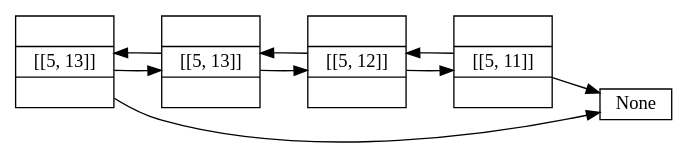
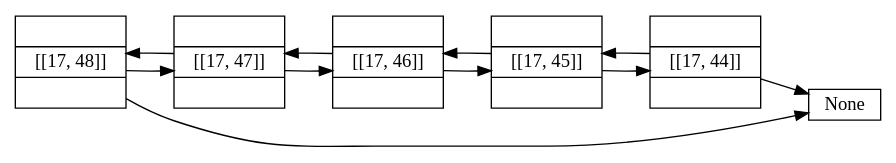
Before and after one commit to Gramajooo/SnakePython: the diagram in grafica1.dot, drawn with Graphviz. The commit also changed 9 other files, not shown here.

```diff
--- a/grafica1.dot
+++ b/grafica1.dot
@@ -1,16 +1,19 @@
 digraph ListaDoble {
 	graph [rankdir=LR]
 	node [height=.1 shape=record]
-	<ListaDoble.NodoDoble object at 0x03525DD0> [label="<f0> |<f1> [[5, 13]]|<f2>"]
-	<ListaDoble.NodoDoble object at 0x03525DD0> -> <ListaDoble.NodoDoble object at 0x03525CD0>
-	<ListaDoble.NodoDoble object at 0x03525DD0> -> None
-	<ListaDoble.NodoDoble object at 0x03525CD0> [label="<f0> |<f1> [[5, 13]]|<f2>"]
-	<ListaDoble.NodoDoble object at 0x03525CD0> -> <ListaDoble.NodoDoble object at 0x03525D70>
-	<ListaDoble.NodoDoble object at 0x03525CD0> -> <ListaDoble.NodoDoble object at 0x03525DD0>
-	<ListaDoble.NodoDoble object at 0x03525D70> [label="<f0> |<f1> [[5, 12]]|<f2>"]
-	<ListaDoble.NodoDoble object at 0x03525D70> -> <ListaDoble.NodoDoble object at 0x03525D50>
-	<ListaDoble.NodoDoble object at 0x03525D70> -> <ListaDoble.NodoDoble object at 0x03525CD0>
-	<ListaDoble.NodoDoble object at 0x03525D50> [label="<f0> |<f1> [[5, 11]]|<f2>"]
-	<ListaDoble.NodoDoble object at 0x03525D50> -> None
-	<ListaDoble.NodoDoble object at 0x03525D50> -> <ListaDoble.NodoDoble object at 0x03525D70>
+	<ListaDoble.NodoDoble object at 0x02E55EB0> [label="<f0> |<f1> [[17, 48]]|<f2>"]
+	<ListaDoble.NodoDoble object at 0x02E55EB0> -> <ListaDoble.NodoDoble object at 0x02E55E90>
+	<ListaDoble.NodoDoble object at 0x02E55EB0> -> None
+	<ListaDoble.NodoDoble object at 0x02E55E90> [label="<f0> |<f1> [[17, 47]]|<f2>"]
+	<ListaDoble.NodoDoble object at 0x02E55E90> -> <ListaDoble.NodoDoble object at 0x02E55EF0>
+	<ListaDoble.NodoDoble object at 0x02E55E90> -> <ListaDoble.NodoDoble object at 0x02E55EB0>
+	<ListaDoble.NodoDoble object at 0x02E55EF0> [label="<f0> |<f1> [[17, 46]]|<f2>"]
+	<ListaDoble.NodoDoble object at 0x02E55EF0> -> <ListaDoble.NodoDoble object at 0x02E55F30>
+	<ListaDoble.NodoDoble object at 0x02E55EF0> -> <ListaDoble.NodoDoble object at 0x02E55E90>
+	<ListaDoble.NodoDoble object at 0x02E55F30> [label="<f0> |<f1> [[17, 45]]|<f2>"]
+	<ListaDoble.NodoDoble object at 0x02E55F30> -> <ListaDoble.NodoDoble object at 0x02E55F70>
+	<ListaDoble.NodoDoble object at 0x02E55F30> -> <ListaDoble.NodoDoble object at 0x02E55EF0>
+	<ListaDoble.NodoDoble object at 0x02E55F70> [label="<f0> |<f1> [[17, 44]]|<f2>"]
+	<ListaDoble.NodoDoble object at 0x02E55F70> -> None
+	<ListaDoble.NodoDoble object at 0x02E55F70> -> <ListaDoble.NodoDoble object at 0x02E55F30>
 }
```
